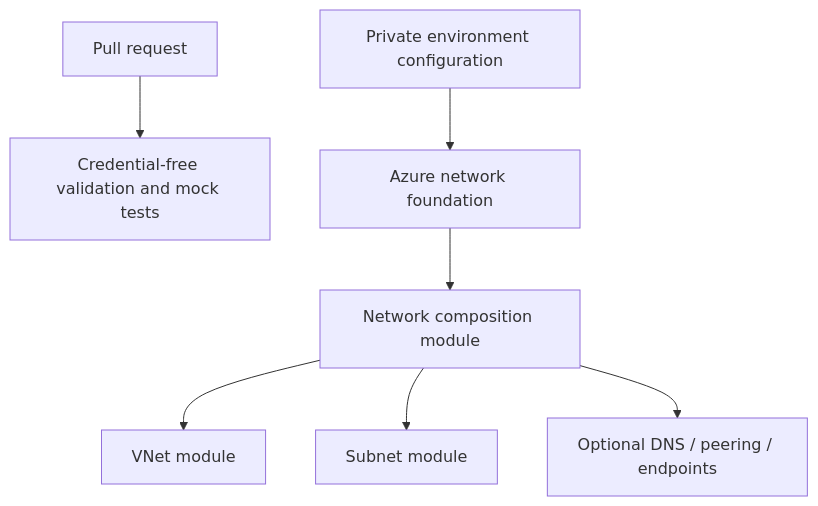
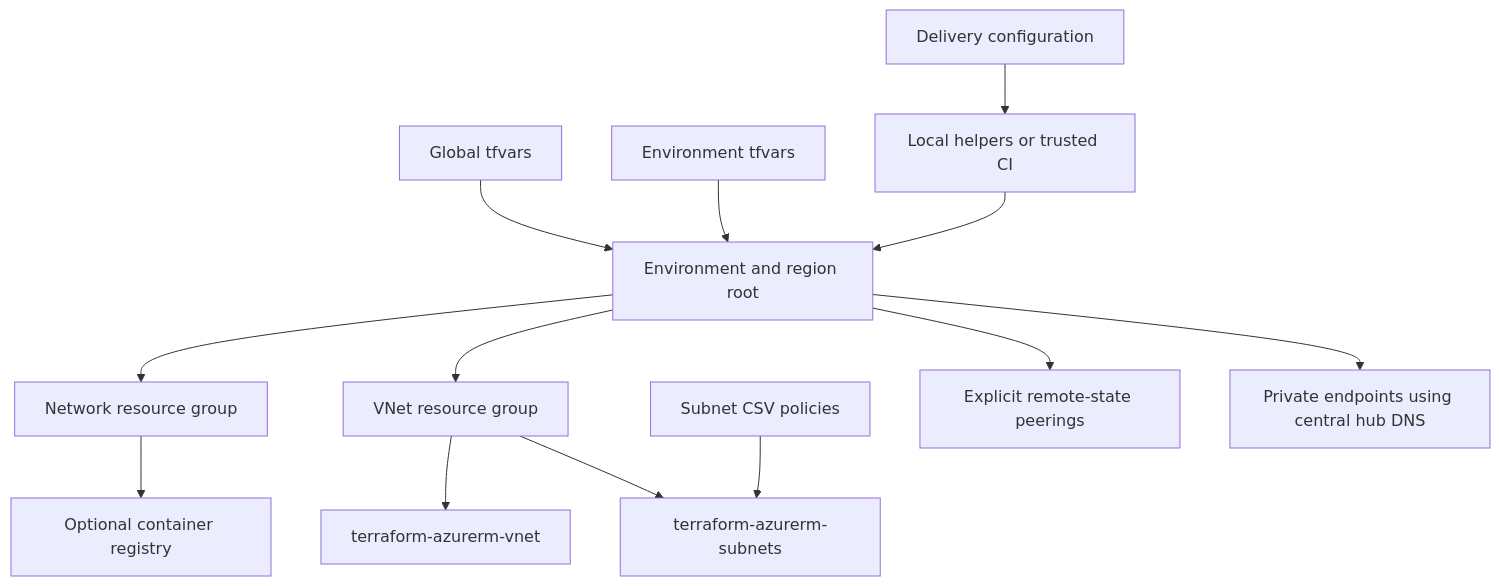
Before and after one commit to MikeeeGit/azure-network-foundation: the diagram in README.md, drawn with Mermaid. The commit also changed other lines of this file and 88 other files, not shown here.

Commit message:
Restore reviewed Azure network architecture and public examples

````diff
--- a/README.md
+++ b/README.md
@@ -19,9 +37,15 @@
 ```mermaid
 flowchart TD
-  PR[Pull request] --> CI[Credential-free validation and mock tests]
-  Config[Private environment configuration] --> Root[Azure network foundation]
-  Root --> Network[Network composition module]
-  Network --> VNet[VNet module]
-  Network --> Subnets[Subnet module]
-  Network --> Optional[Optional DNS / peering / endpoints]
+  G[Global tfvars] --> R[Environment and region root]
+  E[Environment tfvars] --> R
+  D[Delivery configuration] --> H[Local helpers or trusted CI]
+  H --> R
+  R --> N[Network resource group]
+  R --> V[VNet resource group]
+  V --> VM[terraform-azurerm-vnet]
+  V --> SM[terraform-azurerm-subnets]
+  C[Subnet CSV policies] --> SM
+  R --> P[Explicit remote-state peerings]
+  R --> EP[Private endpoints using central hub DNS]
+  N --> A[Optional container registry]
 ```
````
